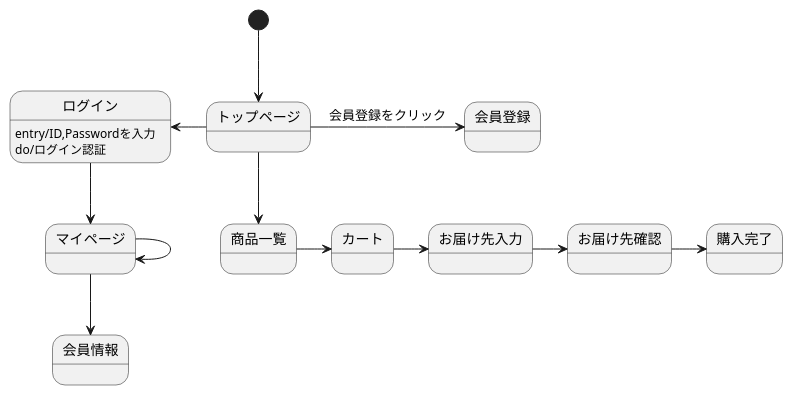
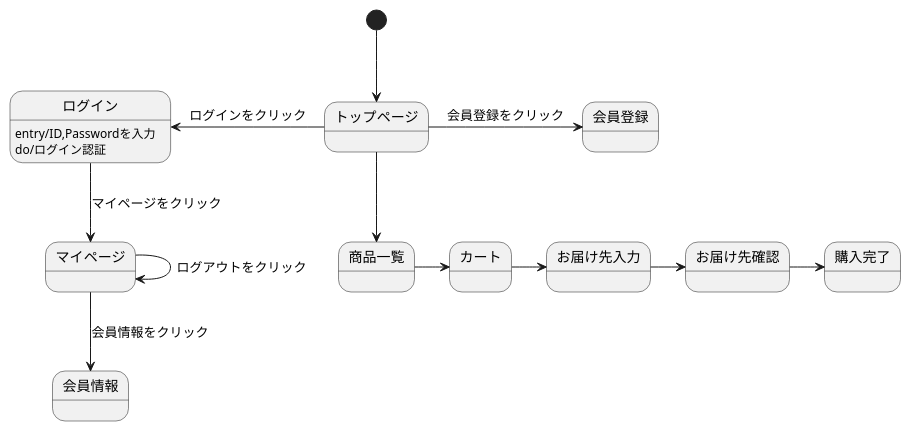
Before and after one commit to Aso2001163/2021sys-design-2: the diagram in stm01.md, drawn with PlantUML.

````diff
--- a/stm01.md
+++ b/stm01.md
@@ -1,17 +1,17 @@
 ```uml
 @startuml
 [*] --> トップページ
 トップページ -> 会員登録 : 会員登録をクリック
-トップページ -left-> ログイン
-ログイン -down-> マイページ
+トップページ -left-> ログイン : ログインをクリック
+ログイン -down-> マイページ : マイページをクリック
 ログイン:entry/ID,Passwordを入力
 ログイン:do/ログイン認証
-マイページ --> マイページ
-マイページ -down-> 会員情報
+マイページ --> マイページ : ログアウトをクリック
+マイページ -down-> 会員情報 : 会員情報をクリック
 トップページ --> 商品一覧
 商品一覧 -> カート
 カート -> お届け先入力
 お届け先入力 -> お届け先確認
 お届け先確認 -> 購入完了
 @enduml
 ```
````
